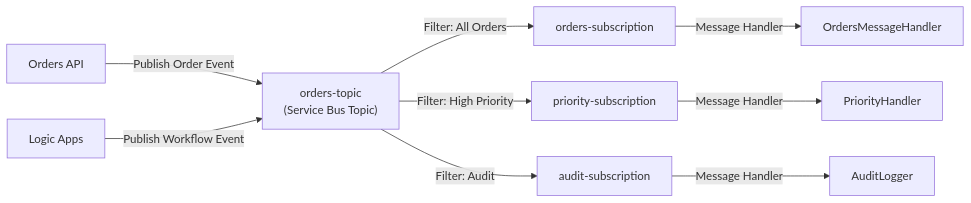
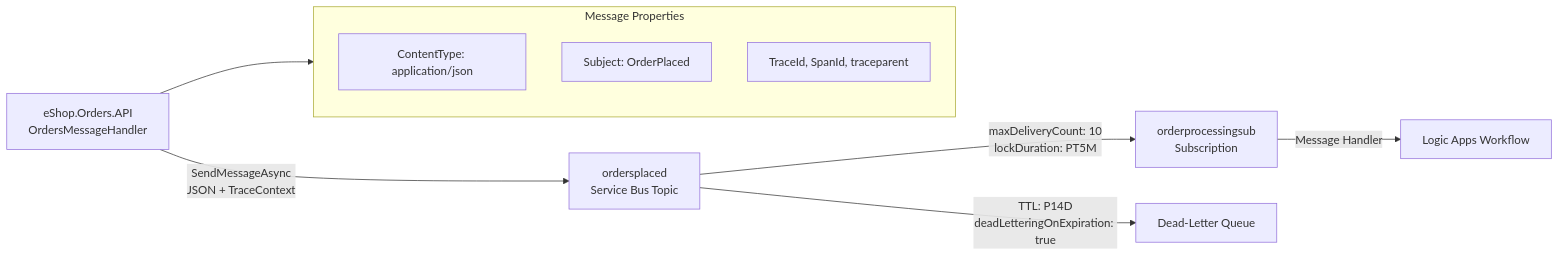
One commit to Evilazaro/Azure-LogicApps-Monitoring changed the eighth of 15 diagrams in README.MD. Above: the diagram before and after it, drawn with Mermaid. The commit also changed other lines of this file, not shown here.

First line of the commit message:
Enhance README.MD with detailed architecture and component descriptions

````diff
--- a/README.MD
+++ b/README.MD
@@ -211,13 +264,17 @@
 ```mermaid
 flowchart LR
-    Producer1["Orders API"] -->|"Publish Order Event"| Topic["orders-topic<br/>(Service Bus Topic)"]
-    Producer2["Logic Apps"] -->|"Publish Workflow Event"| Topic
+    Producer["eShop.Orders.API<br/>OrdersMessageHandler"] -->|"SendMessageAsync<br/>JSON + TraceContext"| Topic["ordersplaced<br/>Service Bus Topic"]
     
-    Topic -->|"Filter: All Orders"| Sub1["orders-subscription"]
-    Topic -->|"Filter: High Priority"| Sub2["priority-subscription"]
-    Topic -->|"Filter: Audit"| Sub3["audit-subscription"]
+    Topic -->|"maxDeliveryCount: 10<br/>lockDuration: PT5M"| Subscription["orderprocessingsub<br/>Subscription"]
+    Topic -->|"TTL: P14D<br/>deadLetteringOnExpiration: true"| DeadLetter["Dead-Letter Queue"]
     
-    Sub1 -->|"Message Handler"| Handler1["OrdersMessageHandler"]
-    Sub2 -->|"Message Handler"| Handler2["PriorityHandler"]
-    Sub3 -->|"Message Handler"| Handler3["AuditLogger"]
+    Subscription -->|"Message Handler"| LogicApps["Logic Apps Workflow"]
+    
+    subgraph MessageProperties["Message Properties"]
+        ContentType["ContentType: application/json"]
+        Subject["Subject: OrderPlaced"]
+        TraceId["TraceId, SpanId, traceparent"]
+    end
+    
+    Producer --> MessageProperties
 ```
````
